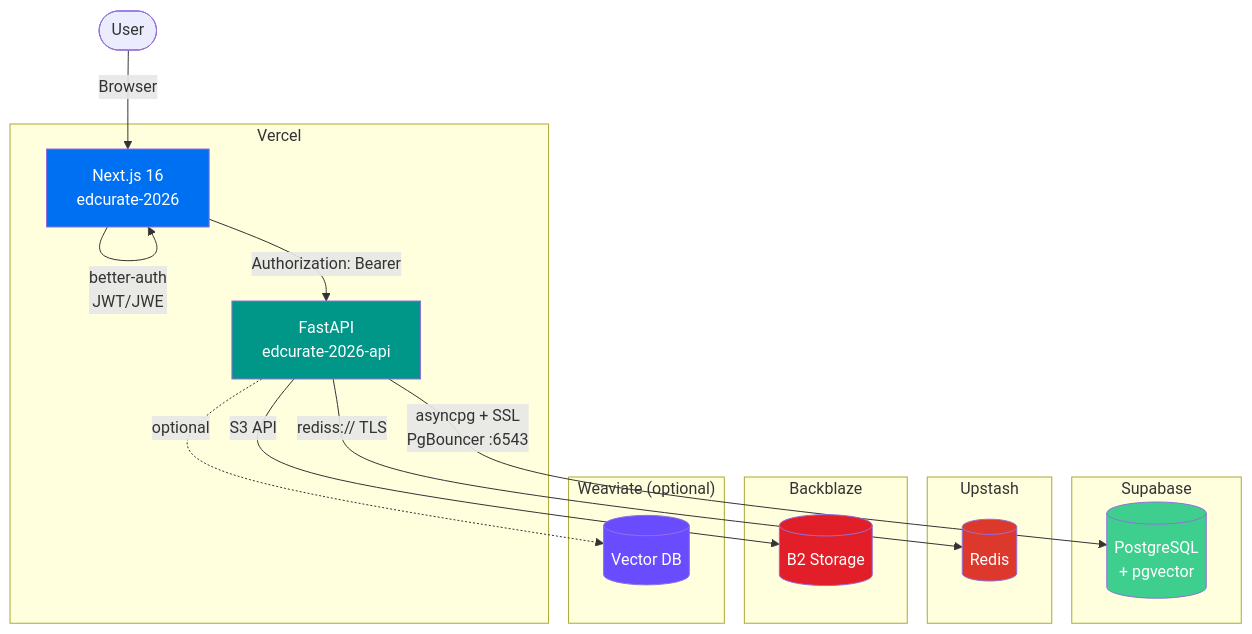
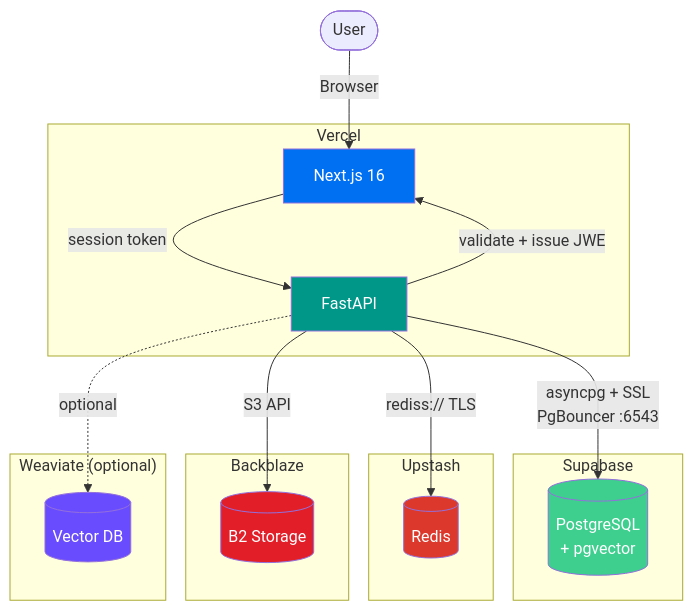
One commit to wooloolies/edcurate changed the diagram in docs/ARCHITECTURE.md. Above: the diagram before and after it, drawn with Mermaid. The commit also changed other lines of this file, not shown here.

Commit message:
docs: fix architecture diagram auth flow and remove project names
Generated with oh-my-agent

````diff
--- a/docs/ARCHITECTURE.md
+++ b/docs/ARCHITECTURE.md
@@ -5,38 +5,38 @@
 ```mermaid
 graph TB
     subgraph Vercel
-        WEB[Next.js 16<br/>edcurate-2026]
-        API[FastAPI<br/>edcurate-2026-api]
+        WEB[Next.js 16]
+        API[FastAPI]
     end
 
     subgraph Supabase
         PG[(PostgreSQL<br/>+ pgvector)]
     end
 
     subgraph Upstash
         REDIS[(Redis)]
     end
 
     subgraph Backblaze
         B2[(B2 Storage)]
     end
 
     subgraph Weaviate["Weaviate (optional)"]
         VDB[(Vector DB)]
     end
 
     USER([User]) -->|Browser| WEB
-    WEB -->|better-auth<br/>JWT/JWE| WEB
-    WEB -->|Authorization: Bearer| API
+    WEB -->|session token| API
+    API -->|validate + issue JWE| WEB
     API -->|asyncpg + SSL<br/>PgBouncer :6543| PG
     API -->|rediss:// TLS| REDIS
     API -->|S3 API| B2
     API -.->|optional| VDB
 
     style WEB fill:#0070f3,color:#fff
     style API fill:#009688,color:#fff
     style PG fill:#3ecf8e,color:#fff
     style REDIS fill:#dc382c,color:#fff
     style B2 fill:#e21e29,color:#fff
     style VDB fill:#6a4cff,color:#fff
 ```
````
